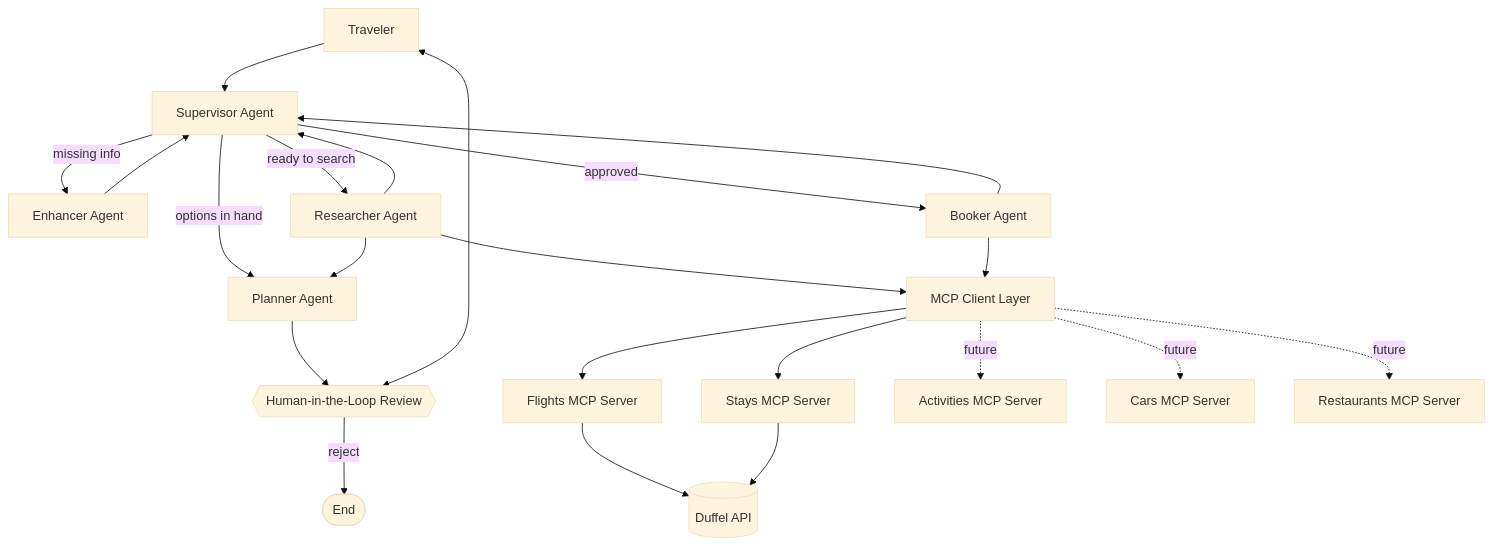
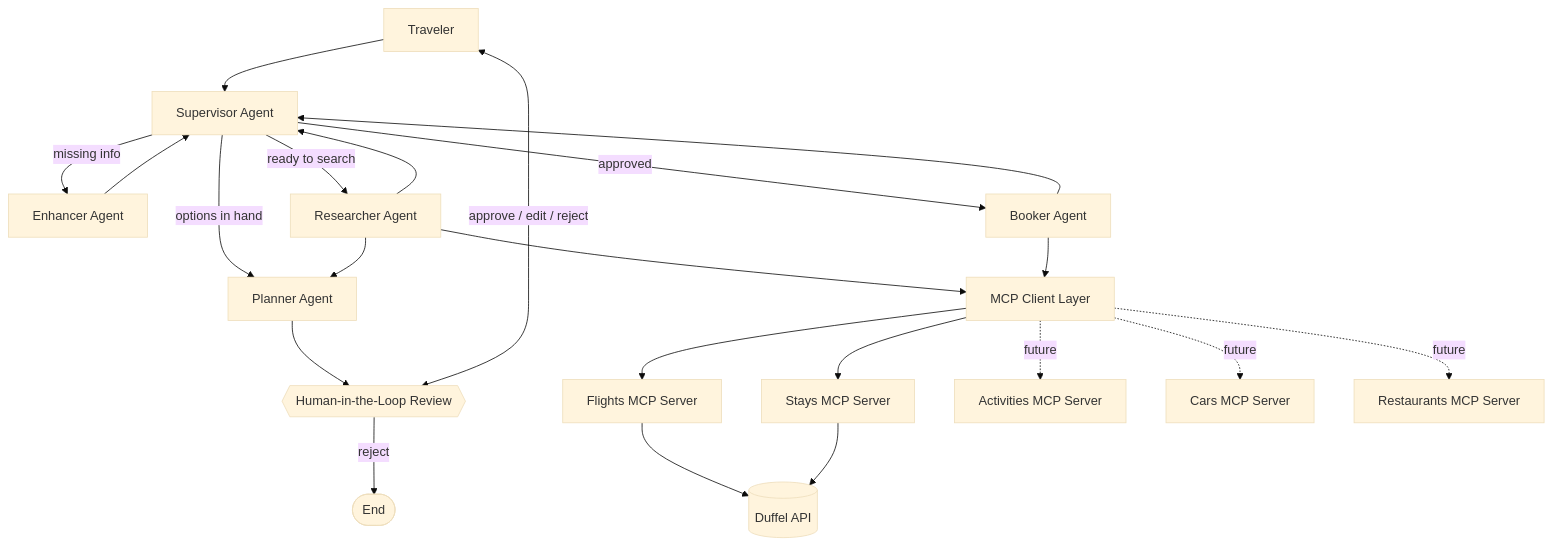
Before and after one commit to Minal18/ai-trip-planner-chatbot: the first of 9 diagrams in docs/architecture.md, drawn with Mermaid (base theme). The commit also changed other lines of this file, not shown here.

Commit message:
Fix HITL edit-feedback routing: goes through Supervisor for classification, not directly to Planner

````diff
--- a/docs/architecture.md
+++ b/docs/architecture.md
@@ -19,32 +19,32 @@
 ```mermaid
 graph TD
     User[Traveler] --> Supervisor[Supervisor Agent]
 
     Supervisor -->|missing info| Enhancer[Enhancer Agent]
     Supervisor -->|ready to search| Researcher[Researcher Agent]
     Supervisor -->|options in hand| Planner[Planner Agent]
 
     Researcher --> Planner
 
     Enhancer --> Supervisor
     Researcher --> Supervisor
 
     Planner --> HITL{{Human-in-the-Loop Review}}
-    HITL <--> User
+    HITL <-->|approve / edit / reject| User
     HITL -->|reject| End([End])
 
     Supervisor -->|approved| Booker[Booker Agent]
     Booker --> Supervisor
 
     Researcher --> MCPClient[MCP Client Layer]
     Booker --> MCPClient
 
     MCPClient --> FlightsMCP[Flights MCP Server]
     MCPClient --> StaysMCP[Stays MCP Server]
     MCPClient -.future.-> ActivitiesMCP[Activities MCP Server]
     MCPClient -.future.-> CarsMCP[Cars MCP Server]
     MCPClient -.future.-> RestaurantsMCP[Restaurants MCP Server]
 
     FlightsMCP --> Duffel[(Duffel API)]
     StaysMCP --> Duffel
 ```
````
